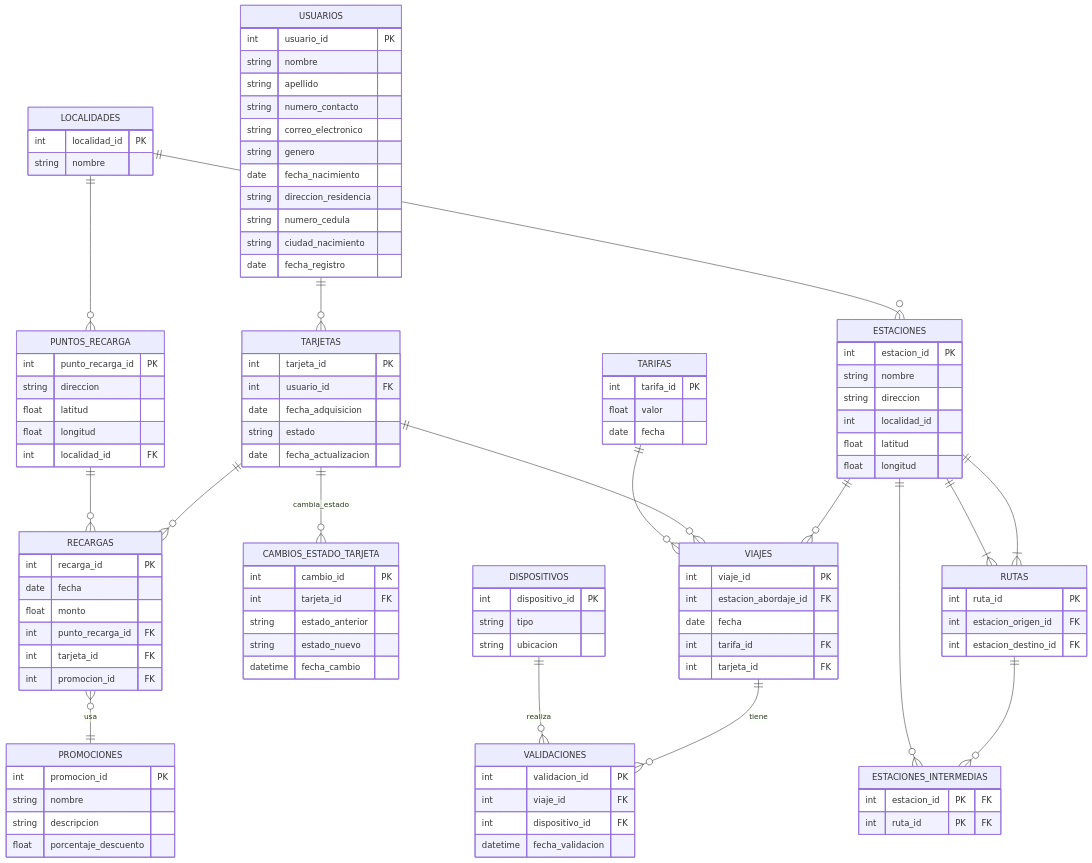
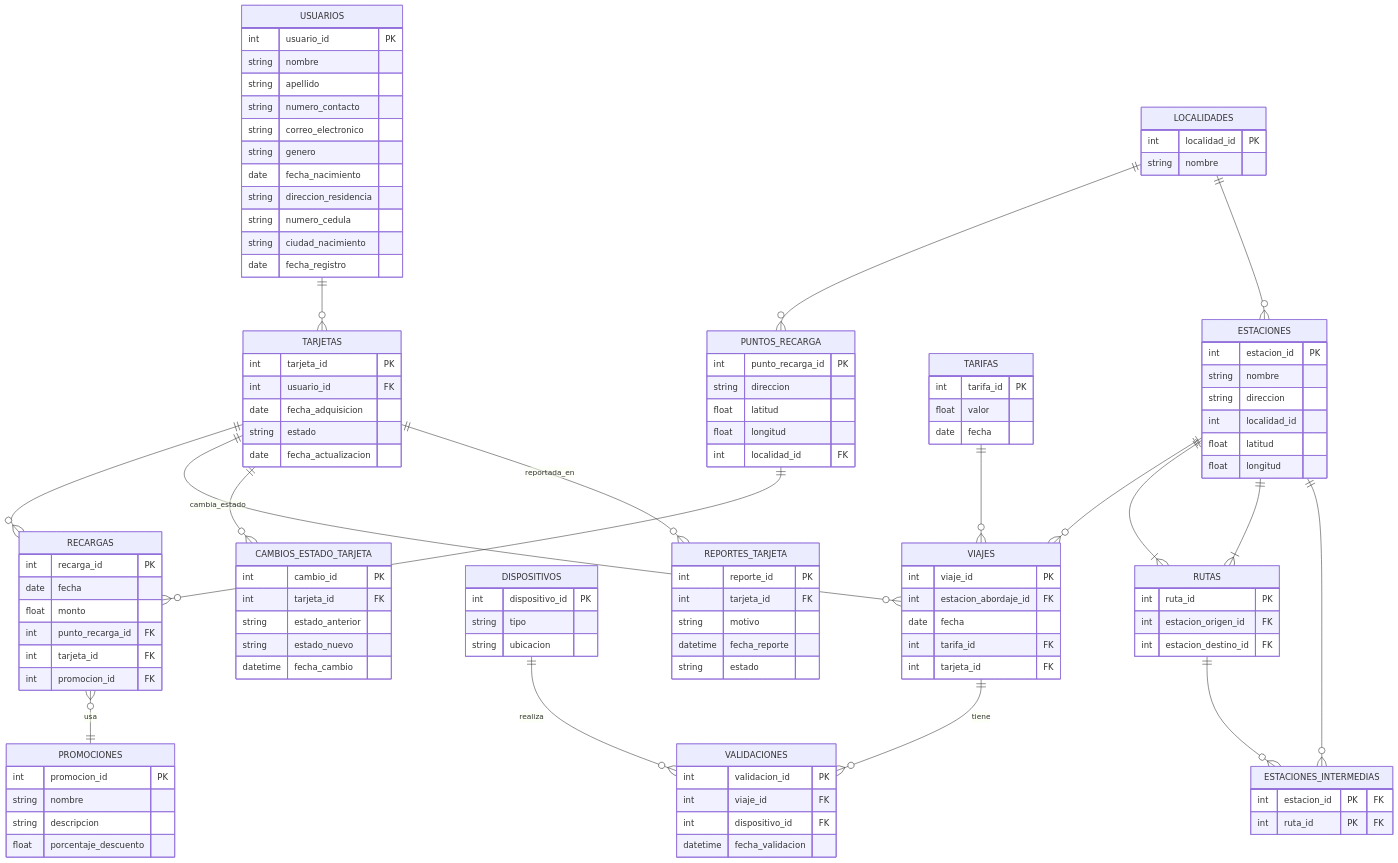
The second of 3 diagrams in Readme.md (gegitrepo/Taller-Final---Programaci-n-de-bases-de-datos), drawn with Mermaid before and after one commit. The commit also changed 1 other file, not shown here.

Commit message:
Add report tracking for lost or stolen cards and update ER diagram in README

````diff
--- a/Readme.md
+++ b/Readme.md
@@ -184,6 +184,14 @@
         int tarjeta_id FK
     }
 
+    REPORTES_TARJETA {
+        int reporte_id PK
+        int tarjeta_id FK
+        string motivo
+        datetime fecha_reporte
+        string estado
+    }
+
     %% Relaciones existentes
     USUARIOS ||--o{ TARJETAS : ""
     TARJETAS ||--o{ RECARGAS : ""
@@ -203,4 +211,6 @@
     TARJETAS ||--o{ CAMBIOS_ESTADO_TARJETA : "cambia_estado"
     VIAJES ||--o{ VALIDACIONES : "tiene"
     DISPOSITIVOS ||--o{ VALIDACIONES : "realiza"
+    TARJETAS ||--o{ REPORTES_TARJETA : "reportada_en"
+
 ```
````
